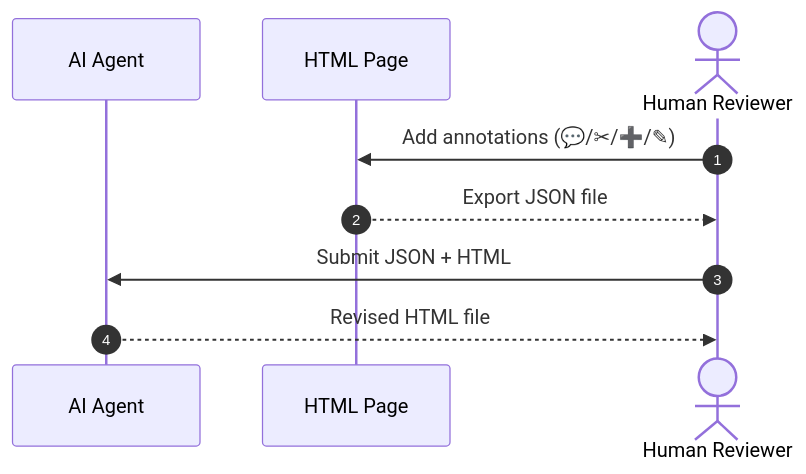
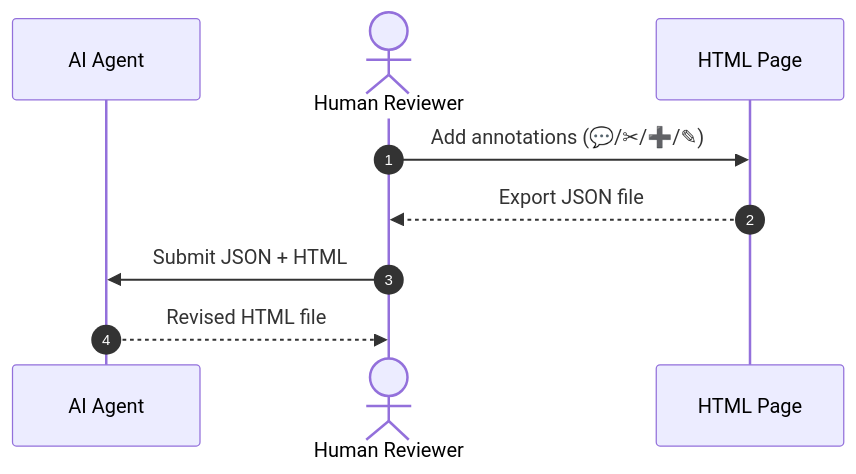
Before and after one commit to cheahhl814/html-template-pack: the diagram in README.md, drawn with Mermaid. The commit also changed other lines of this file, not shown here.

First line of the commit message:
docs: center Human Reviewer in review cycle diagram

````diff
--- a/README.md
+++ b/README.md
@@ -149,12 +149,12 @@
 ```mermaid
 sequenceDiagram
     autonumber
     participant Agent as AI Agent
+    actor Human as Human Reviewer
     participant Page as HTML Page
-    actor Human as Human Reviewer
 
     Human->>Page: Add annotations (💬/✂/➕/✎)
     Page-->>Human: Export JSON file
     Human->>Agent: Submit JSON + HTML
     Agent-->>Human: Revised HTML file
 ```
````
